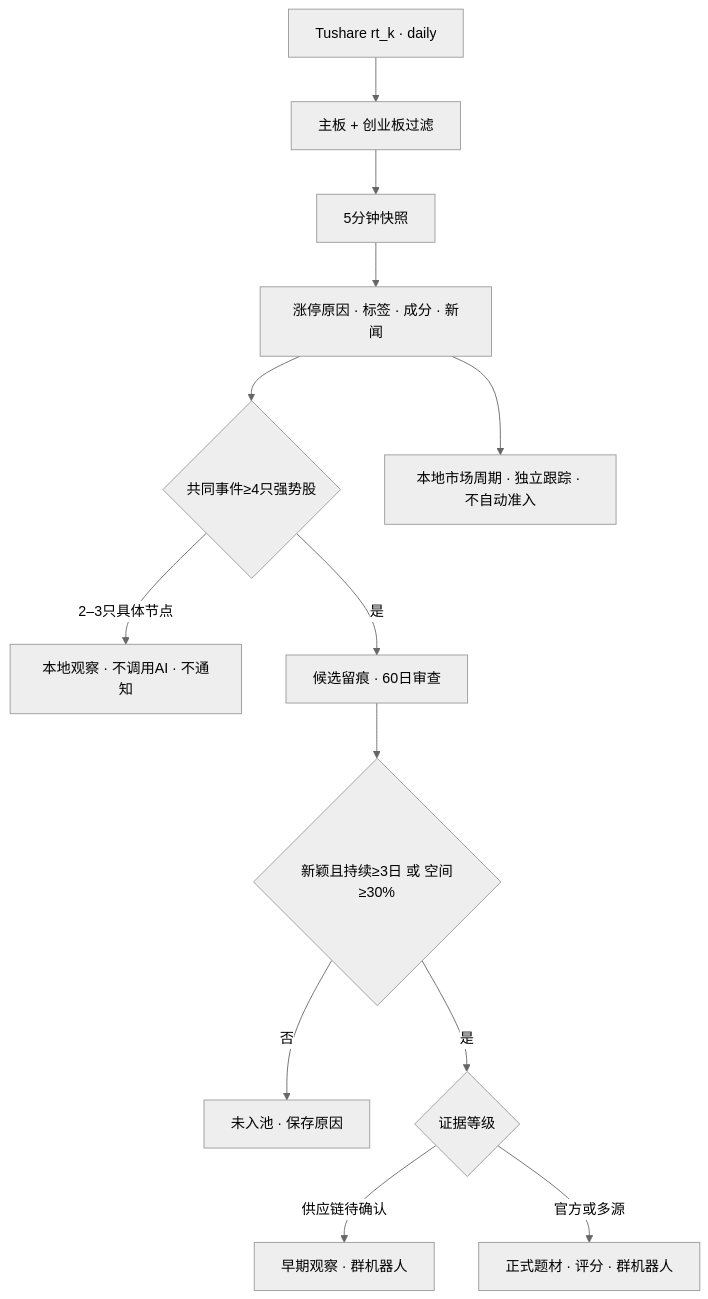
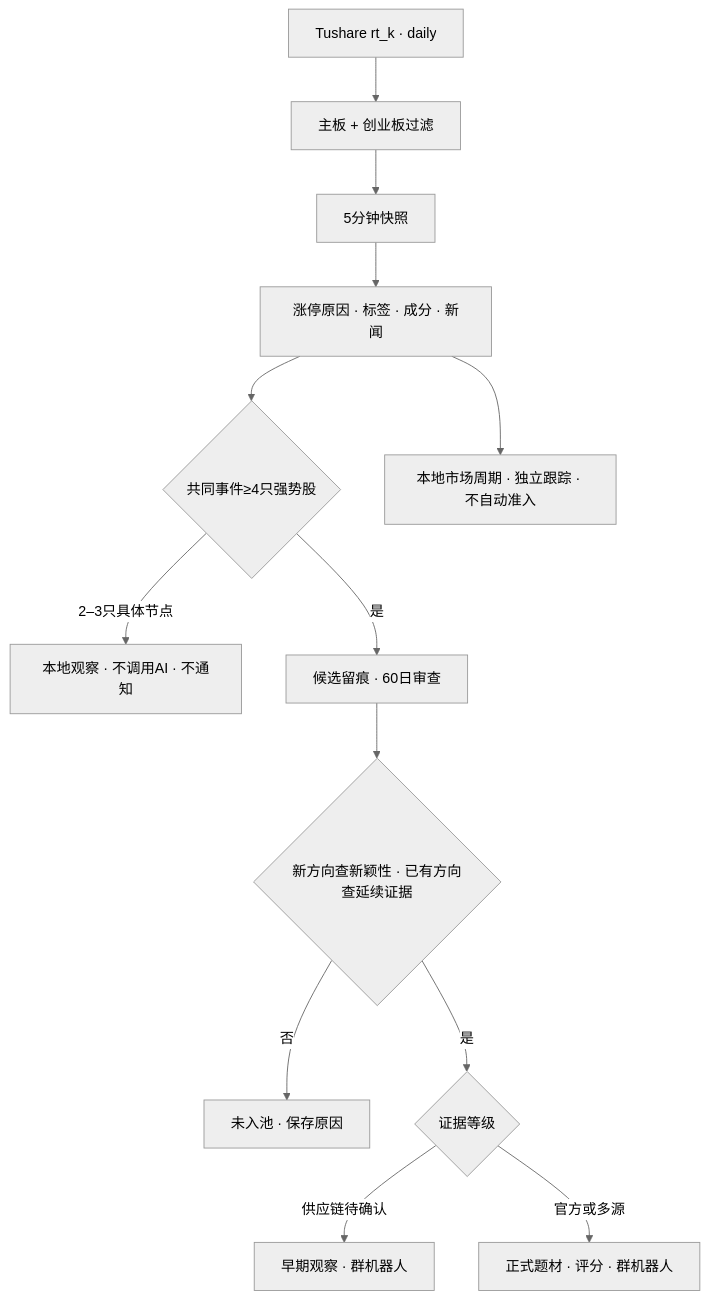
Before and after one commit to Chris958/stocktopic: the diagram in README.md, drawn with Mermaid (neutral theme). The commit also changed other lines of this file and 19 other files, not shown here.

````diff
--- a/README.md
+++ b/README.md
@@ -39,15 +40,15 @@
 ```mermaid
 flowchart TD
     A["Tushare rt_k · daily"] --> B["主板 + 创业板过滤"]
     B --> C["5分钟快照"]
     C --> D["涨停原因 · 标签 · 成分 · 新闻"]
     D --> E{"共同事件≥4只强势股"}
     E -->|2–3只具体节点| F["本地观察 · 不调用AI · 不通知"]
     E -->|是| G["候选留痕 · 60日审查"]
-    G --> H{"新颖且持续≥3日 或 空间≥30%"}
+    G --> H{"新方向查新颖性 · 已有方向查延续证据"}
     H -->|否| I["未入池 · 保存原因"]
     H -->|是| J{"证据等级"}
     J -->|供应链待确认| K["早期观察 · 群机器人"]
     J -->|官方或多源| L["正式题材 · 评分 · 群机器人"]
     D --> M["本地市场周期 · 独立跟踪 · 不自动准入"]
 ```
````
